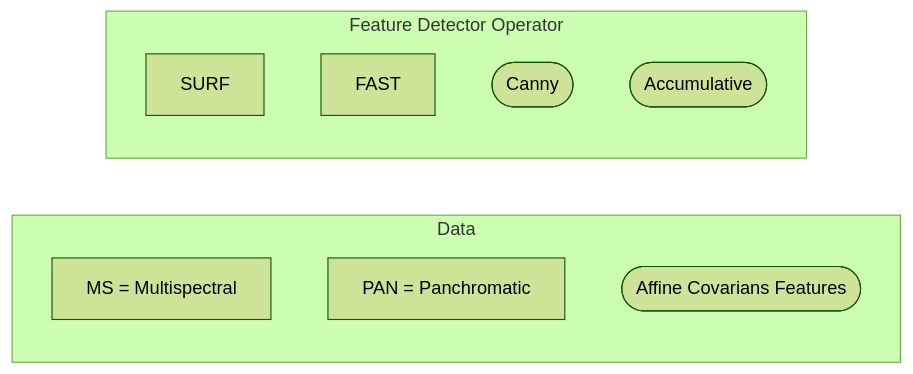
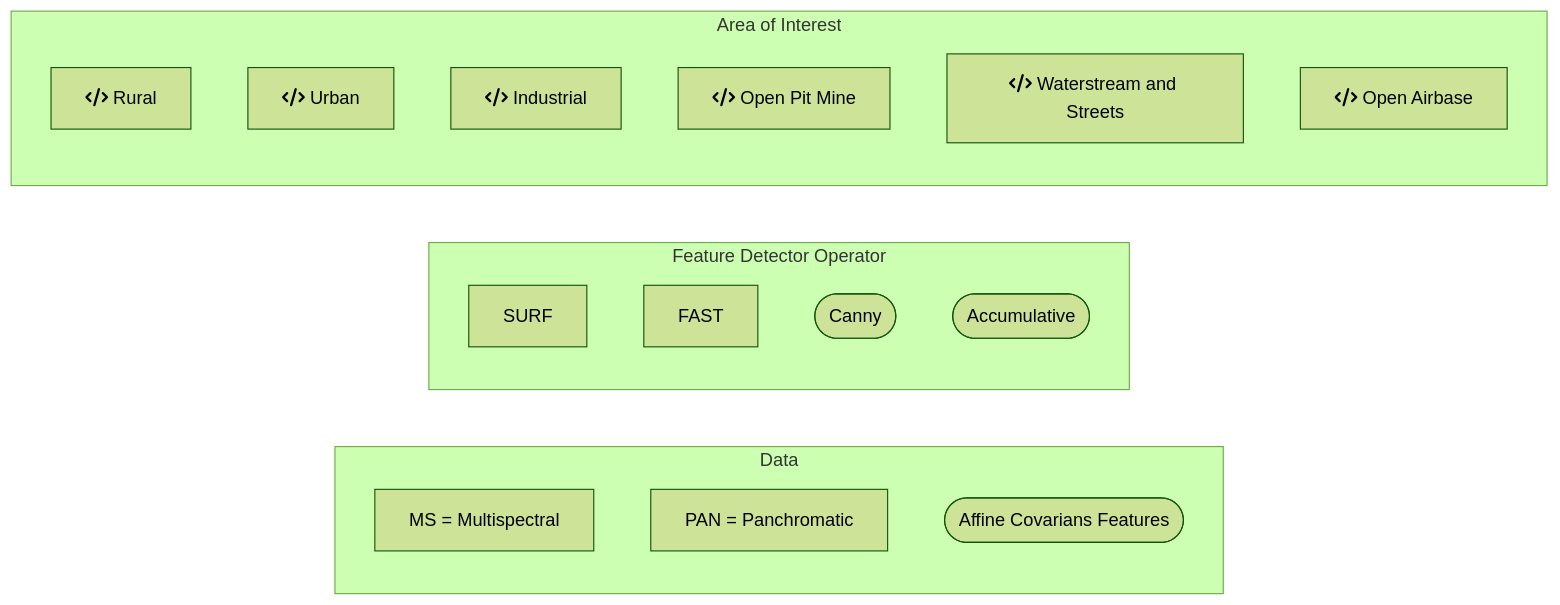
Before and after one commit to DippoldEJ/Feature-Detection-and-Explanation: the diagram in Application/README.md, drawn with Mermaid (forest theme).

````diff
--- a/Application/README.md
+++ b/Application/README.md
@@ -13,19 +13,26 @@
 ```mermaid
 flowchart LR;
 
  subgraph Data
         g[MS = Multispectral]
         h[PAN = Panchromatic]
         i([Affine Covarians Features])
     end
 
  subgraph Feature Detector Operator
         j[SURF]
         k[FAST]
         l([Canny])
         m([Accumulative])
     end
 
-
+subgraph Area of Interest
+    a[fa:fa-code Rural]
+    b[fa:fa-code Urban]
+    c[fa:fa-code Industrial]
+    d[fa:fa-code Open Pit Mine]
+    e[fa:fa-code Waterstream and Streets]
+    f[fa:fa-code Open Airbase]
+    end
 
 ```
````
